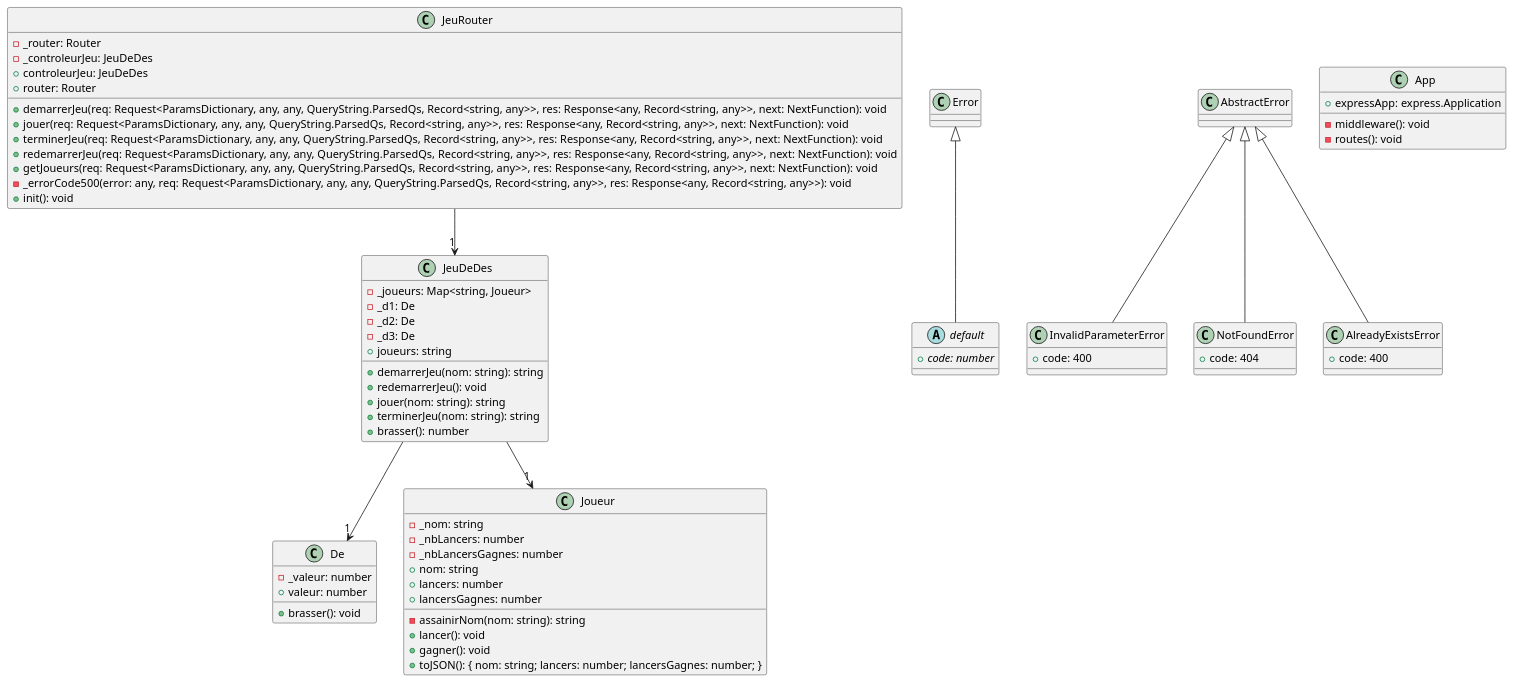
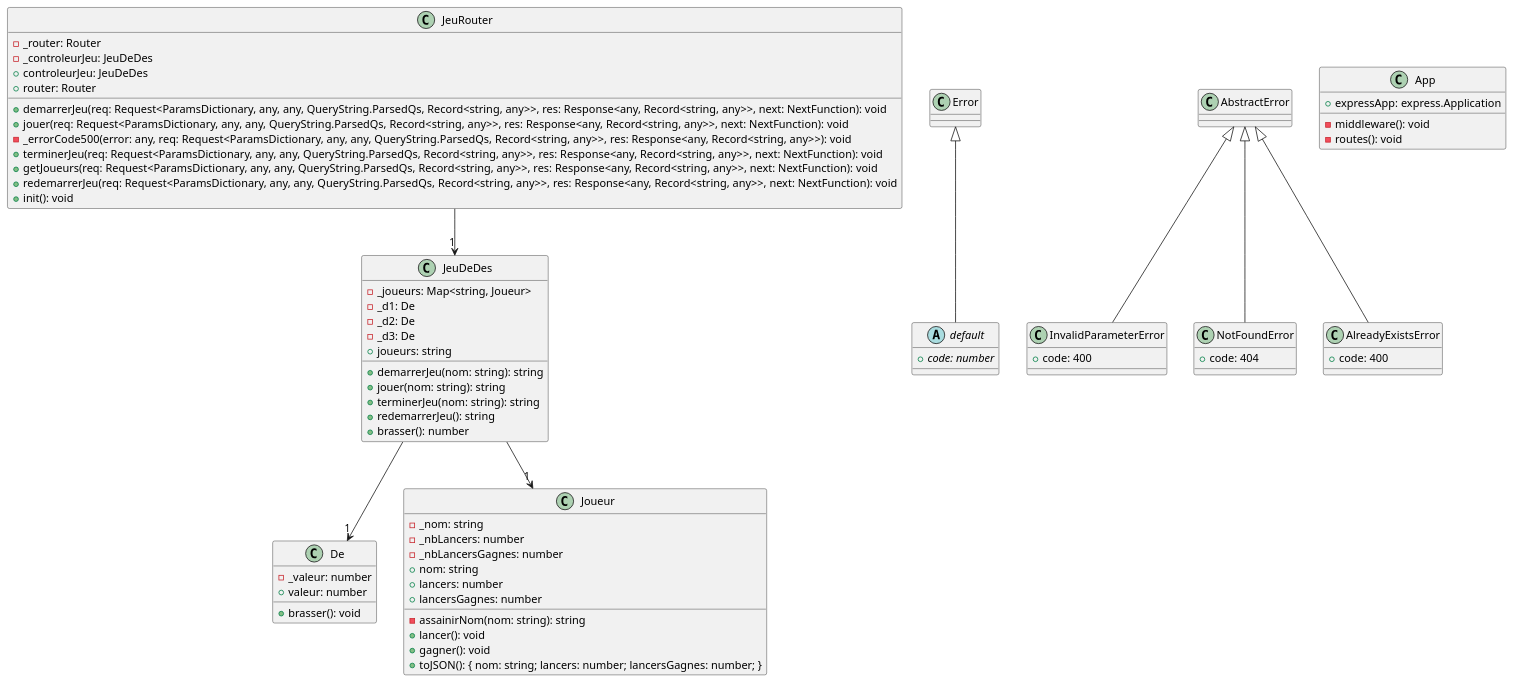
One commit to cc-probitaille/laboratoire-0-Bxssil changed the diagram in docs/modeles/App.puml. Above: the diagram before and after it, drawn with PlantUML. The commit also changed 3 other files, not shown here.

```diff
--- a/docs/modeles/App.puml
+++ b/docs/modeles/App.puml
@@ -1,64 +1,64 @@
 @startuml
 class De {
     -_valeur: number
     +brasser(): void
     +valeur: number
 }
 abstract class default extends Error {
     +{abstract} code: number
 }
 class InvalidParameterError extends AbstractError {
     +code: 400
 }
 class Joueur {
     -_nom: string
     -_nbLancers: number
     -_nbLancersGagnes: number
     +nom: string
     -assainirNom(nom: string): string
     +lancers: number
     +lancersGagnes: number
     +lancer(): void
     +gagner(): void
     +toJSON(): { nom: string; lancers: number; lancersGagnes: number; }
 }
 class NotFoundError extends AbstractError {
     +code: 404
 }
 class AlreadyExistsError extends AbstractError {
     +code: 400
 }
 class JeuDeDes {
     -_joueurs: Map<string, Joueur>
     -_d1: De
     -_d2: De
     -_d3: De
     +demarrerJeu(nom: string): string
-    +redemarrerJeu(): void
     +jouer(nom: string): string
     +terminerJeu(nom: string): string
+    +redemarrerJeu(): string
     +brasser(): number
     +joueurs: string
 }
 class JeuRouter {
     -_router: Router
     -_controleurJeu: JeuDeDes
     +controleurJeu: JeuDeDes
     +router: Router
     +demarrerJeu(req: Request<ParamsDictionary, any, any, QueryString.ParsedQs, Record<string, any>>, res: Response<any, Record<string, any>>, next: NextFunction): void
     +jouer(req: Request<ParamsDictionary, any, any, QueryString.ParsedQs, Record<string, any>>, res: Response<any, Record<string, any>>, next: NextFunction): void
+    -_errorCode500(error: any, req: Request<ParamsDictionary, any, any, QueryString.ParsedQs, Record<string, any>>, res: Response<any, Record<string, any>>): void
     +terminerJeu(req: Request<ParamsDictionary, any, any, QueryString.ParsedQs, Record<string, any>>, res: Response<any, Record<string, any>>, next: NextFunction): void
+    +getJoueurs(req: Request<ParamsDictionary, any, any, QueryString.ParsedQs, Record<string, any>>, res: Response<any, Record<string, any>>, next: NextFunction): void
     +redemarrerJeu(req: Request<ParamsDictionary, any, any, QueryString.ParsedQs, Record<string, any>>, res: Response<any, Record<string, any>>, next: NextFunction): void
-    +getJoueurs(req: Request<ParamsDictionary, any, any, QueryString.ParsedQs, Record<string, any>>, res: Response<any, Record<string, any>>, next: NextFunction): void
-    -_errorCode500(error: any, req: Request<ParamsDictionary, any, any, QueryString.ParsedQs, Record<string, any>>, res: Response<any, Record<string, any>>): void
     +init(): void
 }
 class App {
     +expressApp: express.Application
     -middleware(): void
     -routes(): void
 }
 JeuDeDes --> "1" Joueur
 JeuDeDes --> "1" De
 JeuRouter --> "1" JeuDeDes
 @enduml
```
